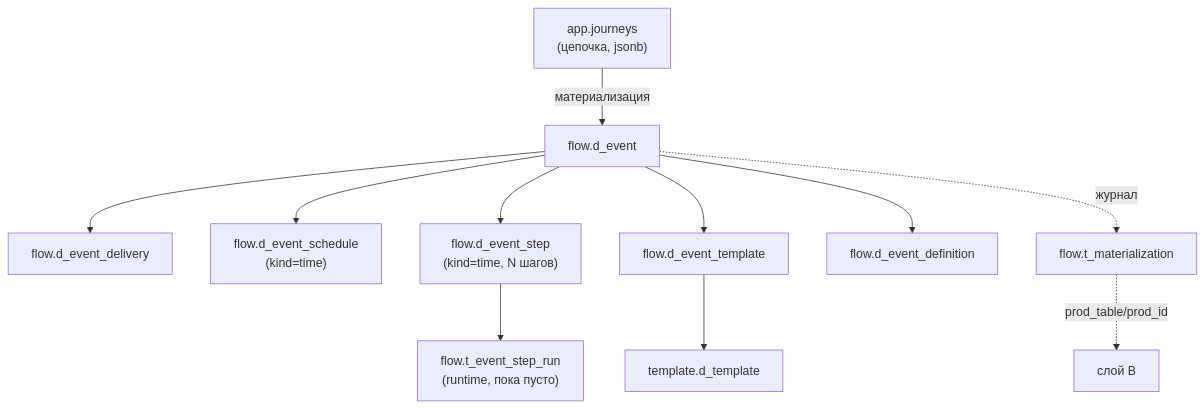
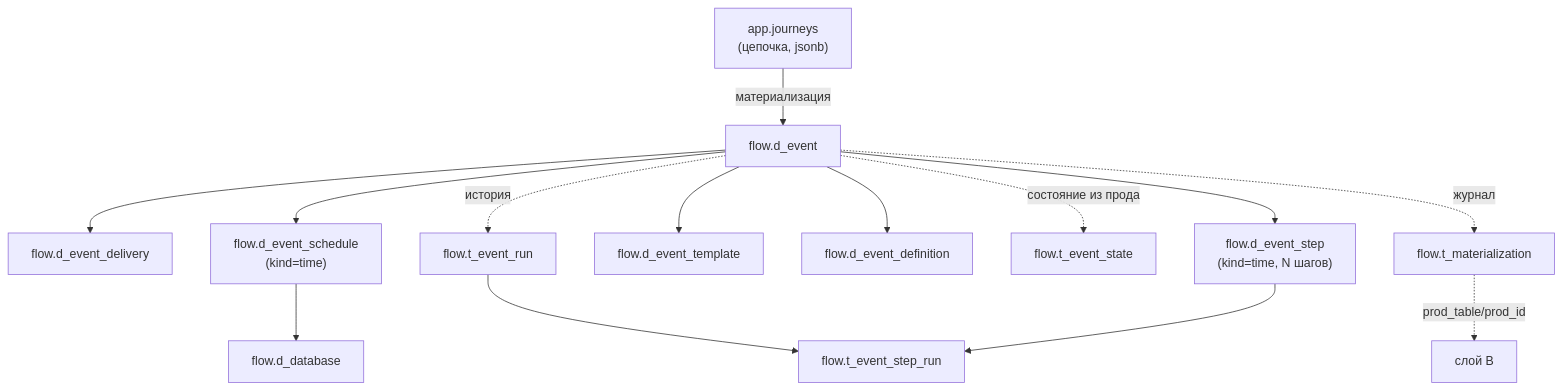
The diagram in crm-admin/docs/Database/Слой A (flow).md (AlexRaisky/crm.banki.ru), drawn with Mermaid before and after one commit. The commit also changed other lines of this file and 28 other files, not shown here.

````diff
--- a/crm-admin/docs/Database/Слой A (flow).md
+++ b/crm-admin/docs/Database/Слой A (flow).md
@@ -13,13 +33,16 @@
 ```mermaid
 flowchart TD
     J["app.journeys<br/>(цепочка, jsonb)"] -->|материализация| E[flow.d_event]
     E --> DL[flow.d_event_delivery]
     E --> SC["flow.d_event_schedule<br/>(kind=time)"]
+    SC --> DB[flow.d_database]
     E --> ST["flow.d_event_step<br/>(kind=time, N шагов)"]
-    ST --> RUN["flow.t_event_step_run<br/>(runtime, пока пусто)"]
     E --> ET[flow.d_event_template]
-    ET --> DT["template.d_template"]
     E --> DEF[flow.d_event_definition]
+    E -.состояние из прода.-> STATE[flow.t_event_state]
+    E -.история.-> RUN[flow.t_event_run]
+    RUN --> SRUN[flow.t_event_step_run]
+    ST --> SRUN
     E -.журнал.-> M[flow.t_materialization]
     M -.prod_table/prod_id.-> B["слой B"]
 ```
````
